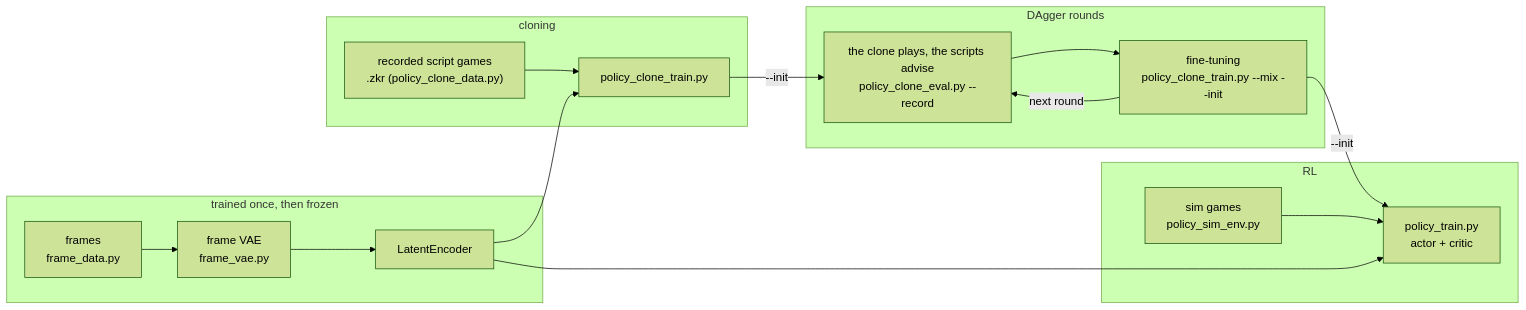
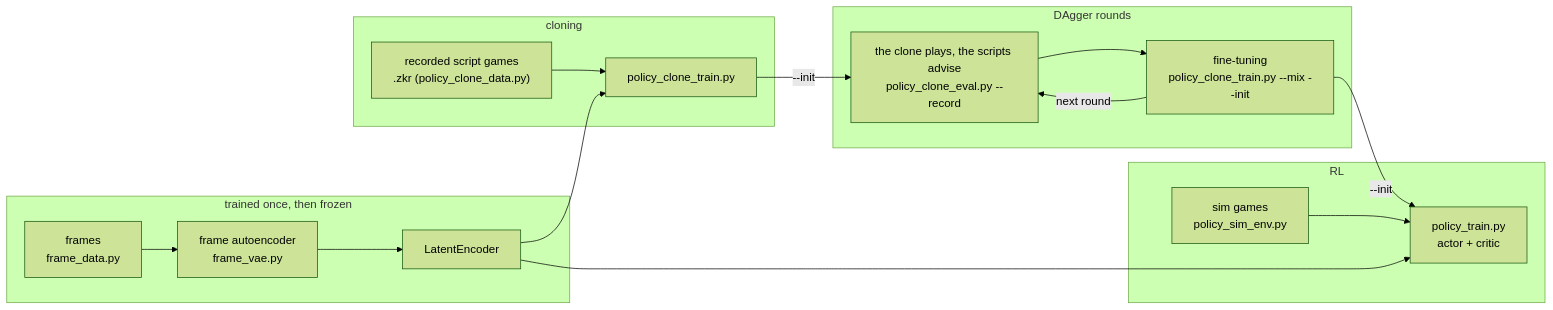
One commit to pts1667/zk-ArenaAI changed diagram 11 of 11 in docs/model.md. Above: the diagram before and after it, drawn with Mermaid (forest theme). The commit also changed other lines of this file and 39 other files, not shown here.

````diff
--- a/docs/model.md
+++ b/docs/model.md
@@ -409,20 +438,20 @@
 ```mermaid
 flowchart LR
     subgraph enc ["trained once, then frozen"]
-        FD["frames<br/>frame_data.py"] --> VAE["frame VAE<br/>frame_vae.py"] --> E["LatentEncoder"]
+        FD["frames<br/>frame_data.py"] --> VAE["frame autoencoder<br/>frame_vae.py"] --> E["LatentEncoder"]
     end
     subgraph clone ["cloning"]
         REC["recorded script games<br/>.zkr (policy_clone_data.py)"] --> CT["policy_clone_train.py"]
     end
+    subgraph dagger ["DAgger rounds"]
+        DR["the clone plays, the scripts advise<br/>policy_clone_eval.py --record"] --> DT["fine-tuning<br/>policy_clone_train.py --mix --init"]
+    end
     subgraph rl ["RL"]
         SIM["sim games<br/>policy_sim_env.py"] --> PPO["policy_train.py<br/>actor + critic"]
-    end
-    subgraph dagger ["DAgger rounds"]
-        DR["the clone plays, the scripts advise<br/>policy_clone_eval.py --record"] --> DT["fine-tuning<br/>policy_clone_train.py --mix --init"]
     end
     E --> CT
     E --> PPO
     CT -- "--init" --> DR
     DT -- "next round" --> DR
     DT -- "--init" --> PPO
 ```
````
